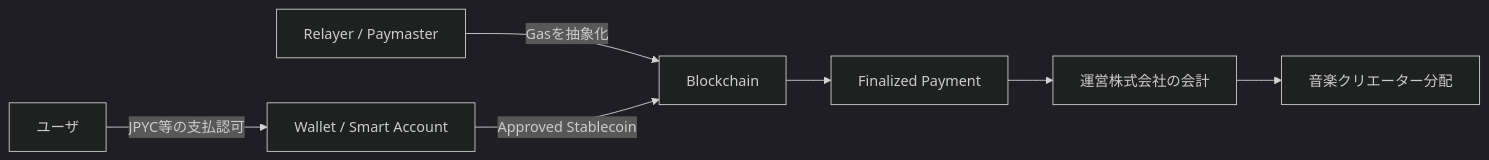
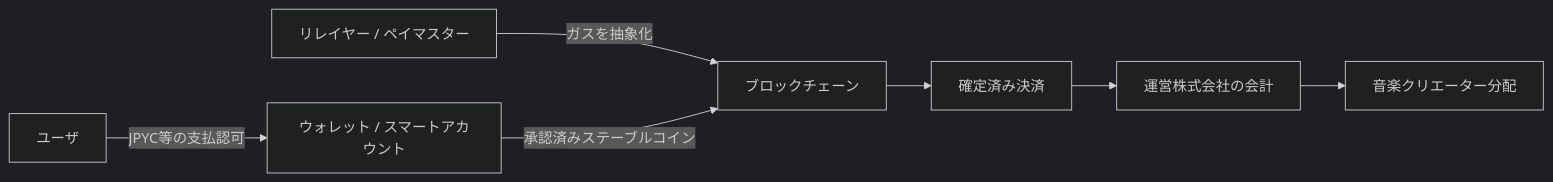
One commit to ShigeichiroYamasaki/creator-first-platform changed the eighth of 17 diagrams in docs/whitepaper/03-rights-and-money.md. Above: the diagram before and after it, drawn with Mermaid (dark theme). The commit also changed other lines of this file and 72 other files, not shown here.

````diff
--- a/docs/whitepaper/03-rights-and-money.md
+++ b/docs/whitepaper/03-rights-and-money.md
@@ -205,9 +205,9 @@
 ```mermaid
 flowchart LR
-    USER[ユーザ] -->|JPYC等の支払認可| WALLET[Wallet / Smart Account]
-    SPONSOR[Relayer / Paymaster] -->|Gasを抽象化| CHAIN[Blockchain]
-    WALLET -->|Approved Stablecoin| CHAIN
-    CHAIN --> FINAL[Finalized Payment]
+    USER[ユーザ] -->|JPYC等の支払認可| WALLET[ウォレット / スマートアカウント]
+    SPONSOR[リレイヤー / ペイマスター] -->|ガスを抽象化| CHAIN[ブロックチェーン]
+    WALLET -->|承認済みステーブルコイン| CHAIN
+    CHAIN --> FINAL[確定済み決済]
     FINAL --> CORP[運営株式会社の会計]
     CORP --> CREATOR[音楽クリエーター分配]
 ```
````
